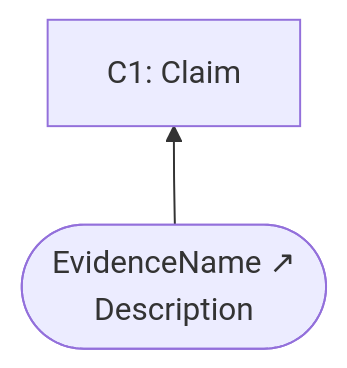
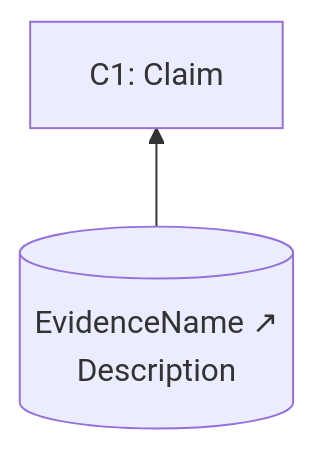
Before and after one commit to coreinfrastructure/best-practices-badge: diagram 14 of 19 in docs/sacm-mermaid.md, drawn with Mermaid. The commit also changed other lines of this file, not shown here.

````diff
--- a/docs/sacm-mermaid.md
+++ b/docs/sacm-mermaid.md
@@ -470,6 +482,6 @@
 ```mermaid
 flowchart BT
-    EV1(["EvidenceName ↗<br/>Description"])
+    EV1[("EvidenceName ↗<br/>Description")]
     C1["C1: Claim"]
     EV1 --> C1
 ```
````
